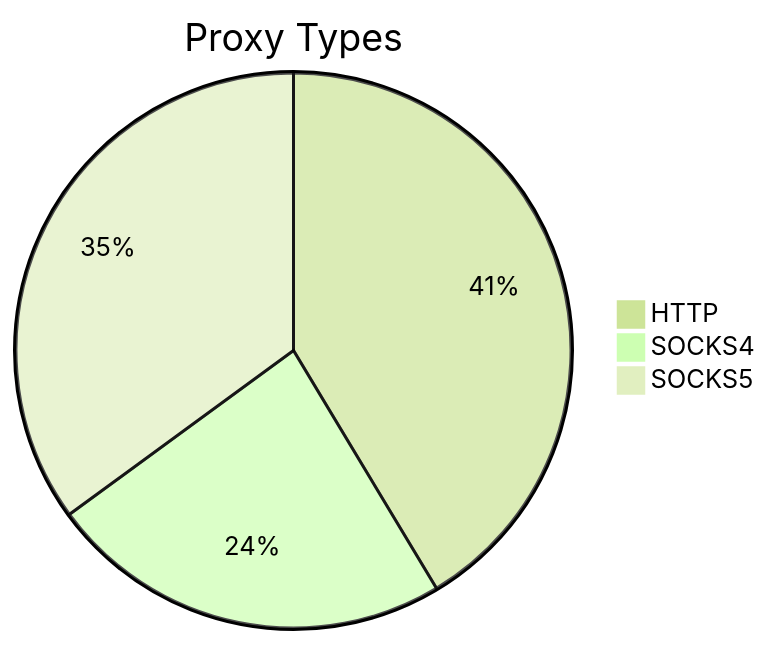
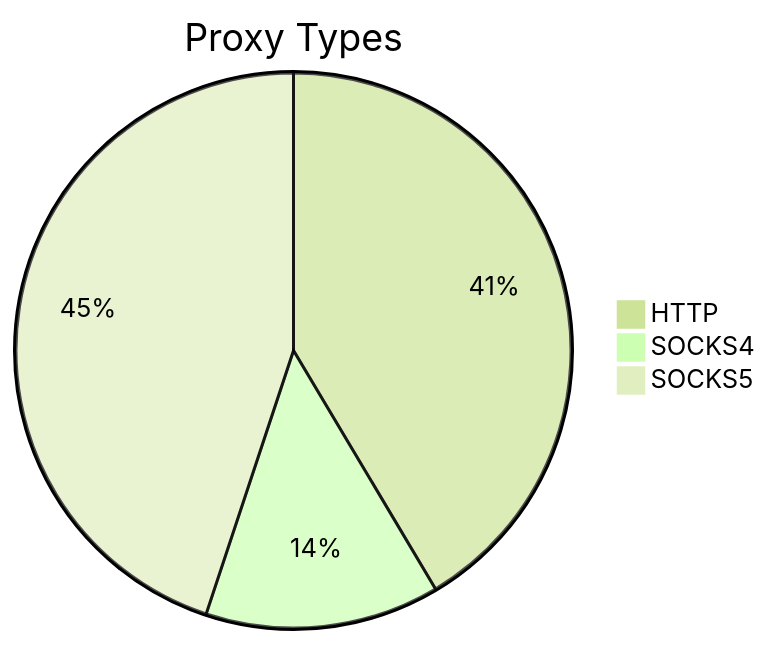
One commit to stormsia/proxy-list changed the first of 2 diagrams in README.md. Above: the diagram before and after it, drawn with Mermaid (forest theme). The commit also changed other lines of this file, not shown here.

````diff
--- a/README.md
+++ b/README.md
@@ -21,6 +21,6 @@
 ```mermaid
 pie title Proxy Types
-    "HTTP" : 346
-    "SOCKS4" : 197
-    "SOCKS5" : 293
+    "HTTP" : 240
+    "SOCKS4" : 79
+    "SOCKS5" : 260
 ```
````
